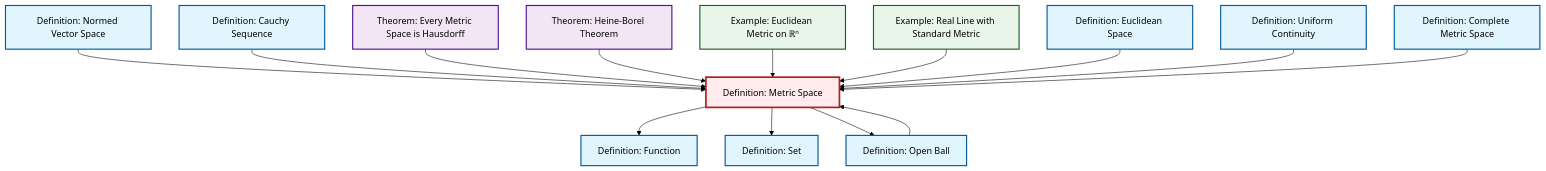
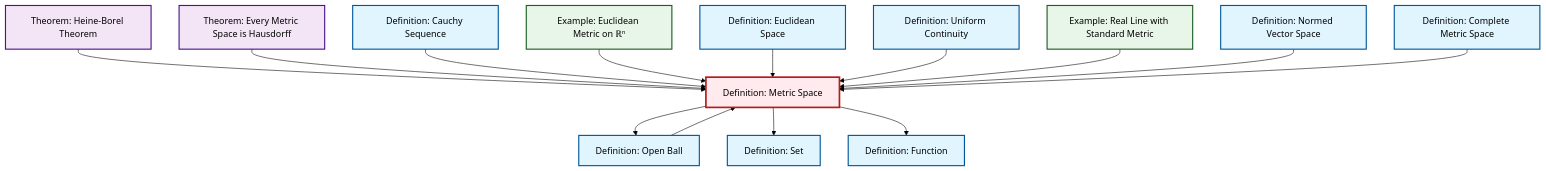
One commit to RK0429/ModernMath changed the diagram in output/mermaid/en/def-metric-space.mermaid. Above: the diagram before and after it, drawn with Mermaid (forest theme). The commit also changed other lines of this file and 3220 other files, not shown here.

```diff
--- a/output/mermaid/en/def-metric-space.mermaid
+++ b/output/mermaid/en/def-metric-space.mermaid
@@ -1,33 +1,33 @@
 graph TD
     classDef definition fill:#e1f5fe,stroke:#01579b,stroke-width:2px
     classDef theorem fill:#f3e5f5,stroke:#4a148c,stroke-width:2px
     classDef axiom fill:#fff3e0,stroke:#e65100,stroke-width:2px
     classDef example fill:#e8f5e9,stroke:#1b5e20,stroke-width:2px
     classDef current fill:#ffebee,stroke:#b71c1c,stroke-width:3px
+    def-normed-vector-space["Definition: Normed Vector Space"]:::definition
+    def-metric-space["Definition: Metric Space"]:::definition
+    thm-heine-borel["Theorem: Heine-Borel Theorem"]:::theorem
+    def-complete-metric-space["Definition: Complete Metric Space"]:::definition
     def-function["Definition: Function"]:::definition
-    def-uniform-continuity["Definition: Uniform Continuity"]:::definition
+    ex-euclidean-metric["Example: Euclidean Metric on ℝⁿ"]:::example
+    def-cauchy-sequence["Definition: Cauchy Sequence"]:::definition
     ex-real-line-metric["Example: Real Line with Standard Metric"]:::example
-    def-open-ball["Definition: Open Ball"]:::definition
-    thm-metric-hausdorff["Theorem: Every Metric Space is Hausdorff"]:::theorem
-    def-complete-metric-space["Definition: Complete Metric Space"]:::definition
-    def-normed-vector-space["Definition: Normed Vector Space"]:::definition
-    def-cauchy-sequence["Definition: Cauchy Sequence"]:::definition
-    thm-heine-borel["Theorem: Heine-Borel Theorem"]:::theorem
-    def-metric-space["Definition: Metric Space"]:::definition
     def-set["Definition: Set"]:::definition
     def-euclidean-space["Definition: Euclidean Space"]:::definition
-    ex-euclidean-metric["Example: Euclidean Metric on ℝⁿ"]:::example
-    def-normed-vector-space --> def-metric-space
-    def-metric-space --> def-function
+    thm-metric-hausdorff["Theorem: Every Metric Space is Hausdorff"]:::theorem
+    def-uniform-continuity["Definition: Uniform Continuity"]:::definition
+    def-open-ball["Definition: Open Ball"]:::definition
+    thm-heine-borel --> def-metric-space
+    thm-metric-hausdorff --> def-metric-space
     def-cauchy-sequence --> def-metric-space
-    def-metric-space --> def-set
-    def-metric-space --> def-open-ball
-    thm-metric-hausdorff --> def-metric-space
-    thm-heine-borel --> def-metric-space
-    def-open-ball --> def-metric-space
     ex-euclidean-metric --> def-metric-space
-    ex-real-line-metric --> def-metric-space
     def-euclidean-space --> def-metric-space
     def-uniform-continuity --> def-metric-space
+    ex-real-line-metric --> def-metric-space
+    def-normed-vector-space --> def-metric-space
+    def-open-ball --> def-metric-space
+    def-metric-space --> def-open-ball
+    def-metric-space --> def-set
     def-complete-metric-space --> def-metric-space
+    def-metric-space --> def-function
     class def-metric-space current
```
